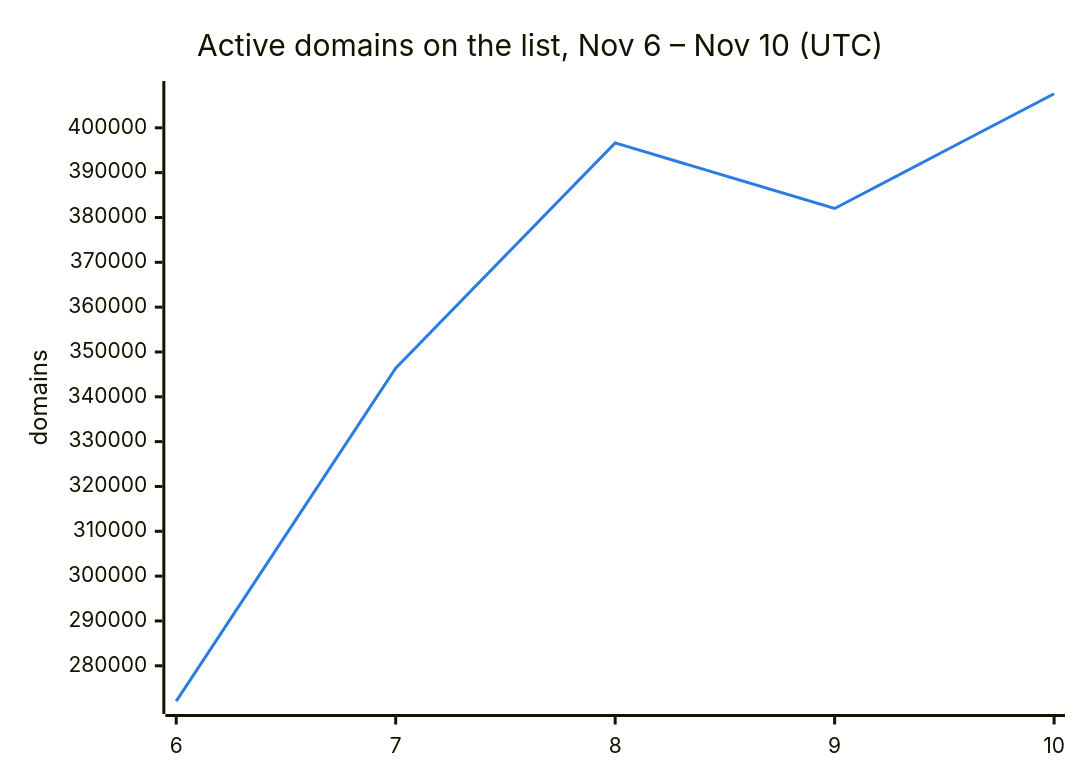
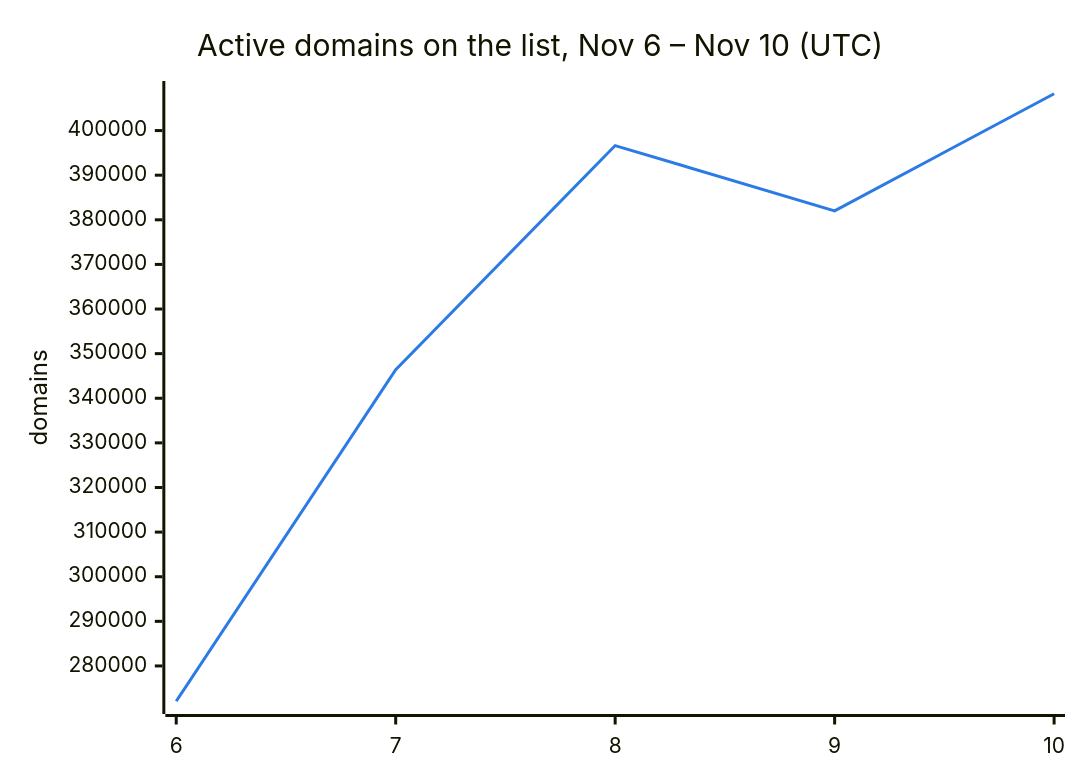
Before and after one commit to DNSBunker/CTI: the second of 3 diagrams in README.md, drawn with Mermaid. The commit also changed other lines of this file and 3 other files, not shown here.

````diff
--- a/README.md
+++ b/README.md
@@ -38,8 +38,8 @@
 ```mermaid
 %%{init: {"themeVariables": {"xyChart": {"plotColorPalette": "#2c7be5"}}}}%%
 xychart-beta
     title "Active domains on the list, Nov 6 – Nov 10 (UTC)"
     x-axis ["6", "7", "8", "9", "10"]
     y-axis "domains"
-    line [272088, 346388, 396638, 382009, 407600]
+    line [272088, 346388, 396638, 382009, 408254]
 ```
````
